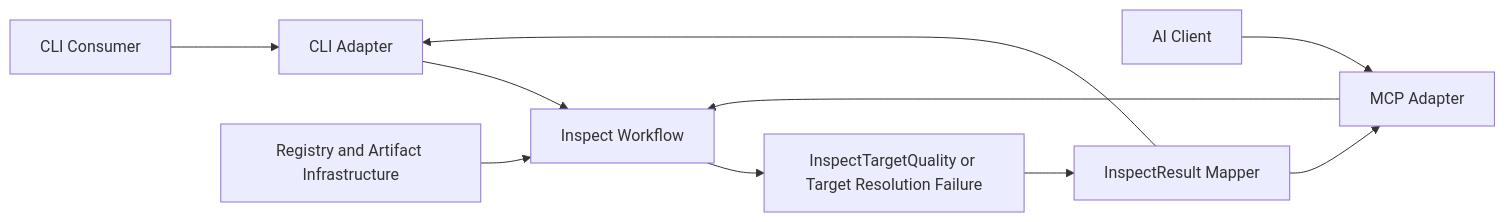
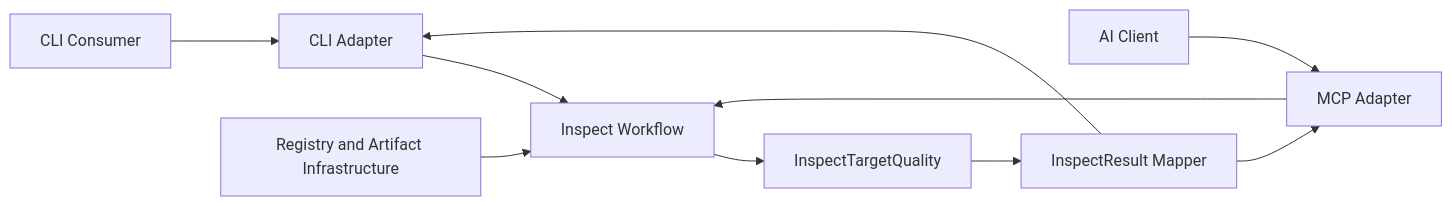
The diagram in specs/npm-plus/interfaces/spec.md (huang-xiao-jian/bluey), drawn with Mermaid before and after one commit. The commit also changed other lines of this file and 6 other files, not shown here.

````diff
--- a/specs/npm-plus/interfaces/spec.md
+++ b/specs/npm-plus/interfaces/spec.md
@@ -16,12 +16,12 @@
 ```mermaid
 flowchart LR
     C[CLI Consumer] --> CA[CLI Adapter]
     A[AI Client] --> MA[MCP Adapter]
     CA --> W[Inspect Workflow]
     MA --> W
     R[Registry and Artifact Infrastructure] --> W
-    W --> Q[InspectTargetQuality or Target Resolution Failure]
+    W --> Q[InspectTargetQuality]
     Q --> M[InspectResult Mapper]
     M --> CA
     M --> MA
 ```
````
